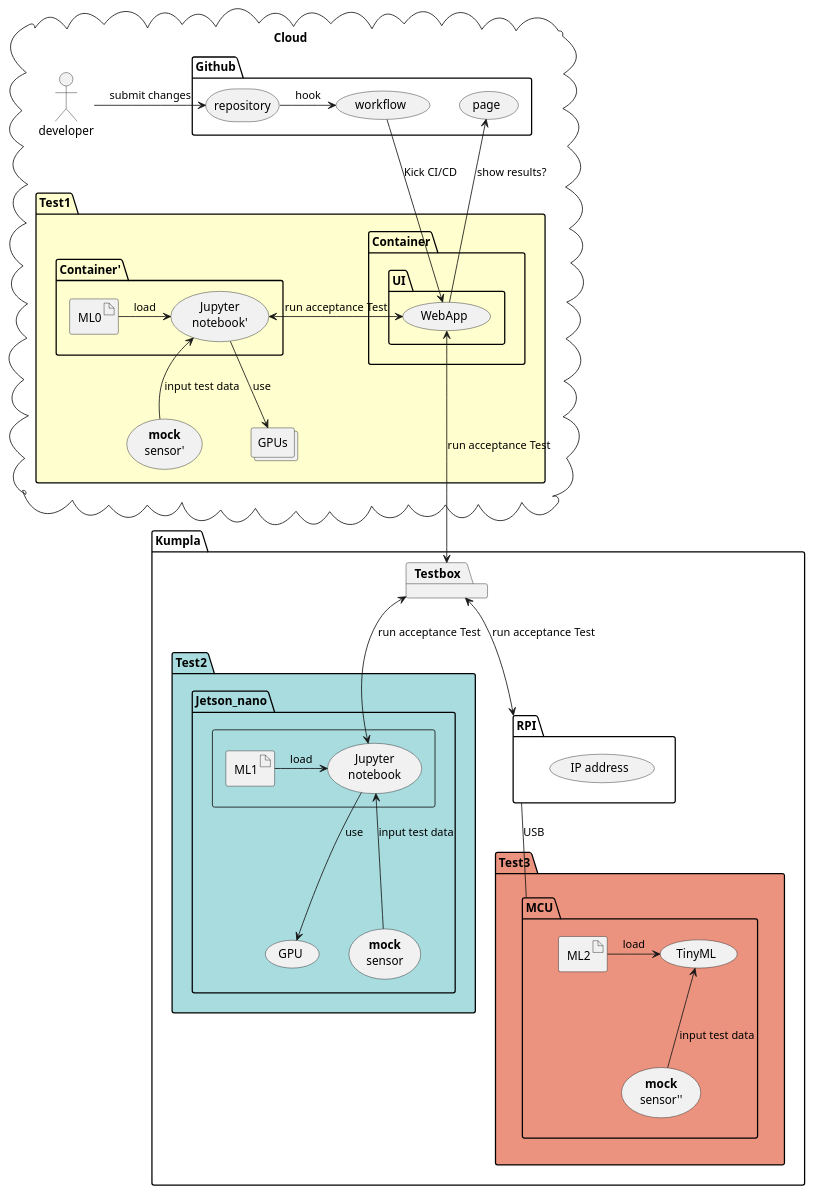
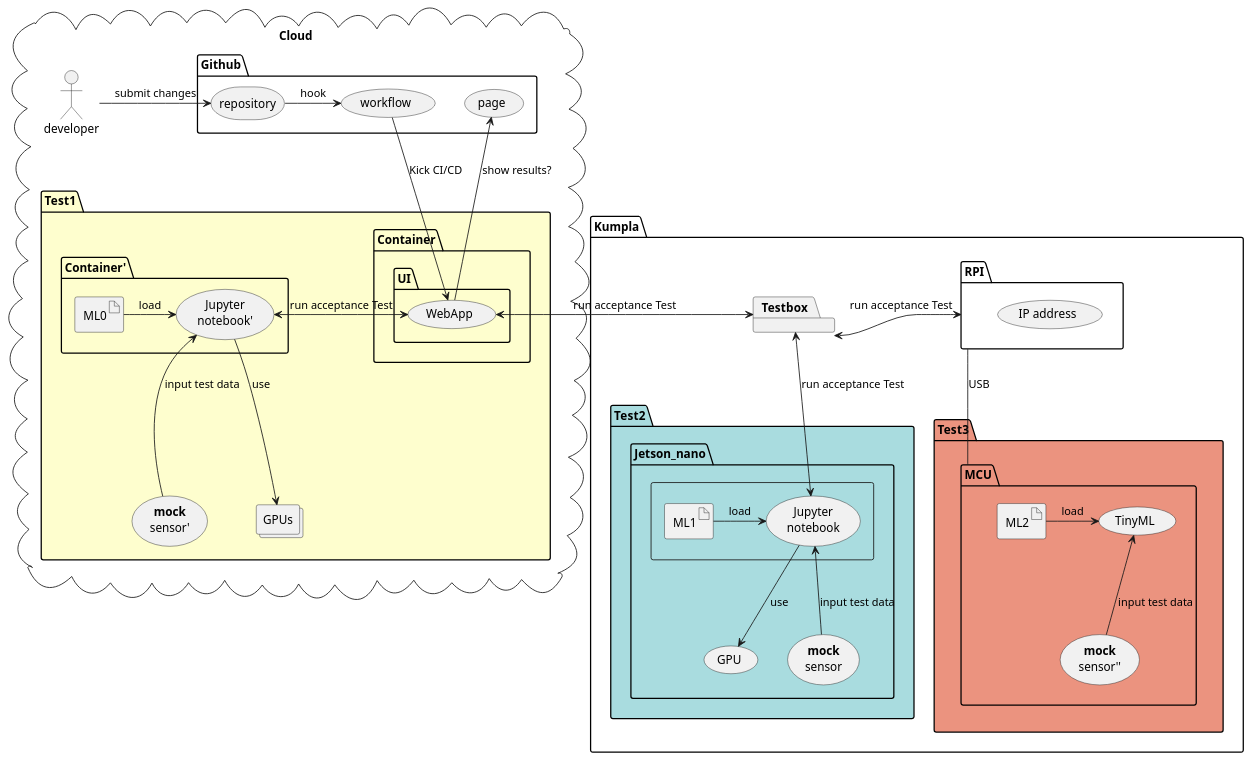
One commit to Origami-Cloudless-AI/software-engineering-project changed the diagram in tdd.puml. Above: the diagram before and after it, drawn with PlantUML.

```diff
--- a/tdd.puml
+++ b/tdd.puml
@@ -1,66 +1,66 @@
 @startuml
 
 'title "Test 3 environments at once with mock sensor"
 
 cloud Cloud {
 	package Github {
 		storage repository
 		(page)
 		repository -> (workflow): hook
 	}
 	package Test1 #fefece {
 	package Container {
 		package UI {
 			(workflow) -down-> (WebApp) : Kick CI/CD
 			WebApp -> page : show results?
 		}
 	}
 	package Container' {
 		artifact ML0
 		(Jupyter\nnotebook')
 	}
 	(**mock**\nsensor')
 	collections "GPUs"
 	}
 ML0 -right-> (Jupyter\nnotebook') : load
 WebApp <-> (Jupyter\nnotebook') :  run acceptance Test
 (Jupyter\nnotebook') -down-> GPUs : use
 (Jupyter\nnotebook') <-down- (**mock**\nsensor') : input test data
 developer -> repository : submit changes
 }
 
 package Kumpla {
 package Testbox
 
-WebApp <--->  Testbox : run acceptance Test
-Testbox <-down-> RPI : run acceptance Test
+WebApp <-right->  Testbox : run acceptance Test
+Testbox <-> RPI : run acceptance Test
 
 package Test2 #A9DCDF {
 package Jetson_nano {
 	rectangle {
 		  artifact ML1
 		  (Jupyter\nnotebook)
 	}
 
 ML1 -right-> (Jupyter\nnotebook) : load
 Testbox <-down-> (Jupyter\nnotebook) : run acceptance Test
 (Jupyter\nnotebook) -down-> (GPU) : use
 (Jupyter\nnotebook) <-down- (**mock**\nsensor) : input test data
 }
 }
 
 package Test3 #EB937F {
 package RPI {
 	(IP address)
 }
 
 package MCU {
         artifact ML2
 	ML2 -> (TinyML) : load
 	(TinyML) <-down- (**mock**\nsensor'') : input test data 
 }
 
 RPI -down- MCU : USB
 }
 }
 @enduml
```
